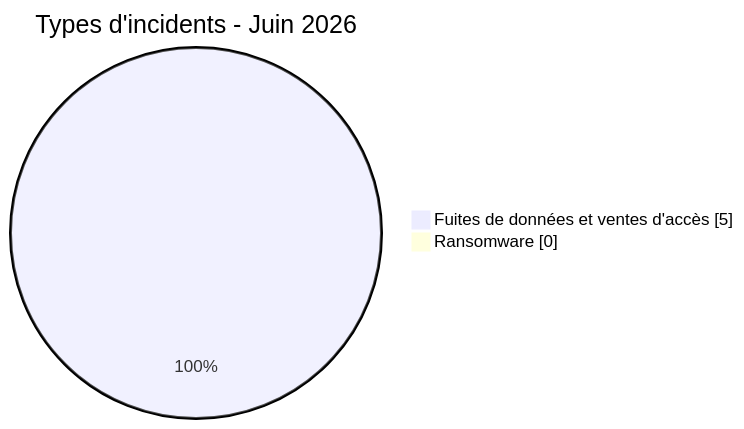
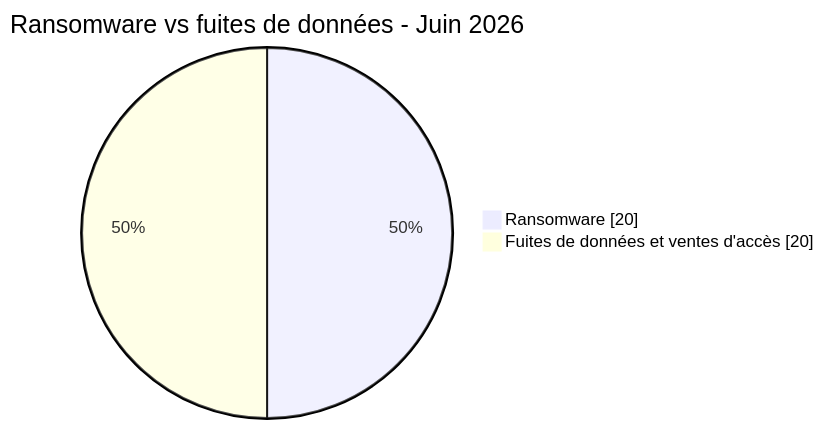
The second of 4 diagrams in CyberAttackAfrica/2026/06-june/README_FR.md (Hatchepsoute/AFRINTEL), drawn with Mermaid before and after one commit. The commit also changed other lines of this file and 18 other files, not shown here.

````diff
--- a/CyberAttackAfrica/2026/06-june/README_FR.md
+++ b/CyberAttackAfrica/2026/06-june/README_FR.md
@@ -71,6 +150,6 @@
 ```mermaid
 pie showData
-    title Types d'incidents - Juin 2026
-    "Fuites de données et ventes d'accès" : 5
-    "Ransomware" : 0
+ title Ransomware vs fuites de données - Juin 2026
+ "Ransomware" : 20
+ "Fuites de données et ventes d'accès" : 20
 ```
````
